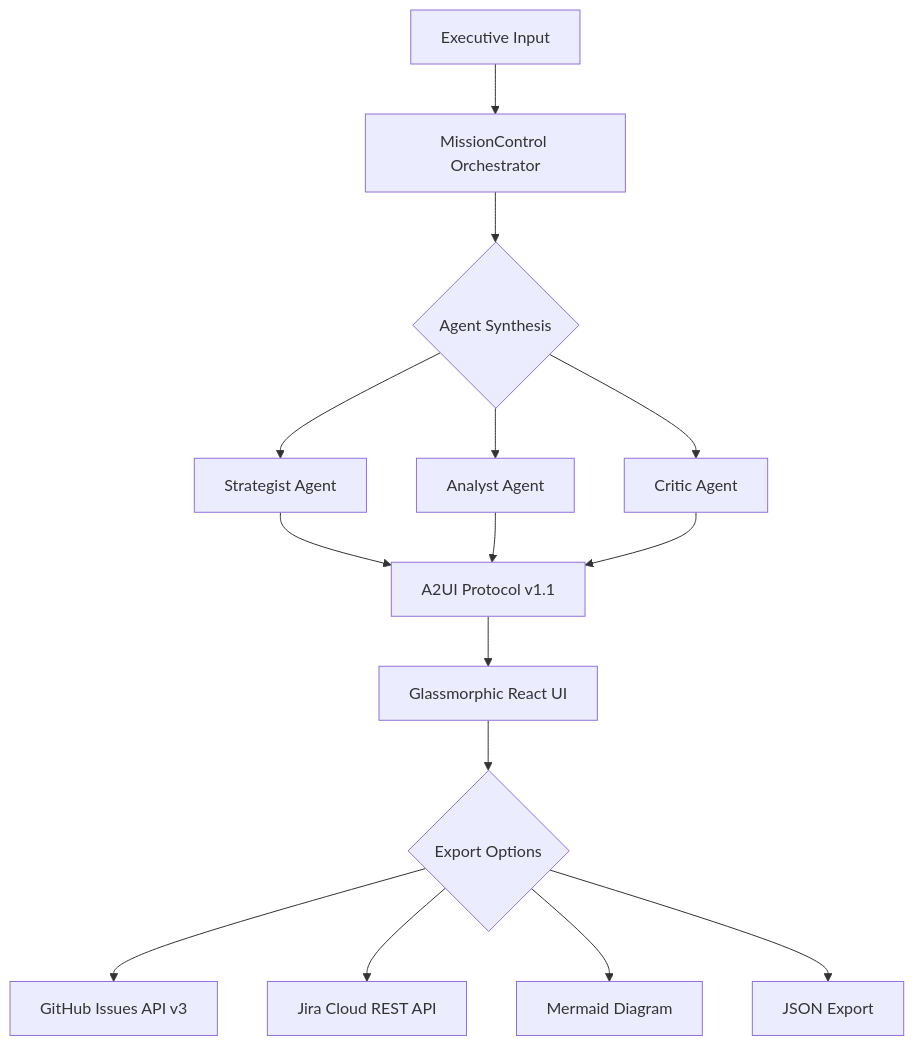
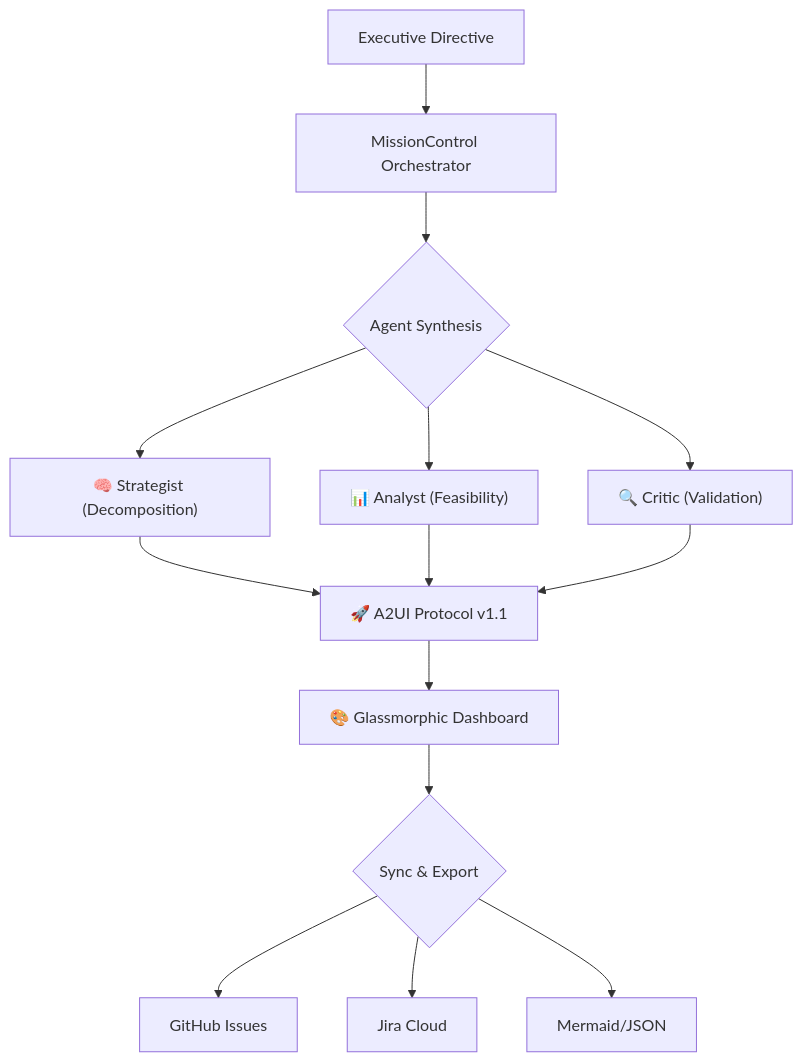
Before and after one commit to darshil0/atlas-strategic-matrix: the diagram in README.md, drawn with Mermaid. The commit also changed other lines of this file, not shown here.

Commit message:
docs: streamline README.md and add v3.6.1 architecture details

````diff
--- a/README.md
+++ b/README.md
@@ -176,15 +29,14 @@
 ```mermaid
 graph TD
-    A[Executive Input] --> B[MissionControl Orchestrator]
+    A[Executive Directive] --> B[MissionControl Orchestrator]
     B --> C{Agent Synthesis}
-    C --> C1[Strategist Agent]
-    C --> C2[Analyst Agent]
-    C --> C3[Critic Agent]
-    C1 & C2 & C3 --> D[A2UI Protocol v1.1]
-    D --> E[Glassmorphic React UI]
-    E --> F{Export Options}
-    F --> F1[GitHub Issues API v3]
-    F --> F2[Jira Cloud REST API]
-    F --> F3[Mermaid Diagram]
-    F --> F4[JSON Export]
+    C --> C1["🧠 Strategist (Decomposition)"]
+    C --> C2["📊 Analyst (Feasibility)"]
+    C --> C3["🔍 Critic (Validation)"]
+    C1 & C2 & C3 --> D["🚀 A2UI Protocol v1.1"]
+    D --> E["🎨 Glassmorphic Dashboard"]
+    E --> F{Sync & Export}
+    F --> F1[GitHub Issues]
+    F --> F2[Jira Cloud]
+    F --> F3[Mermaid/JSON]
 ```
````
